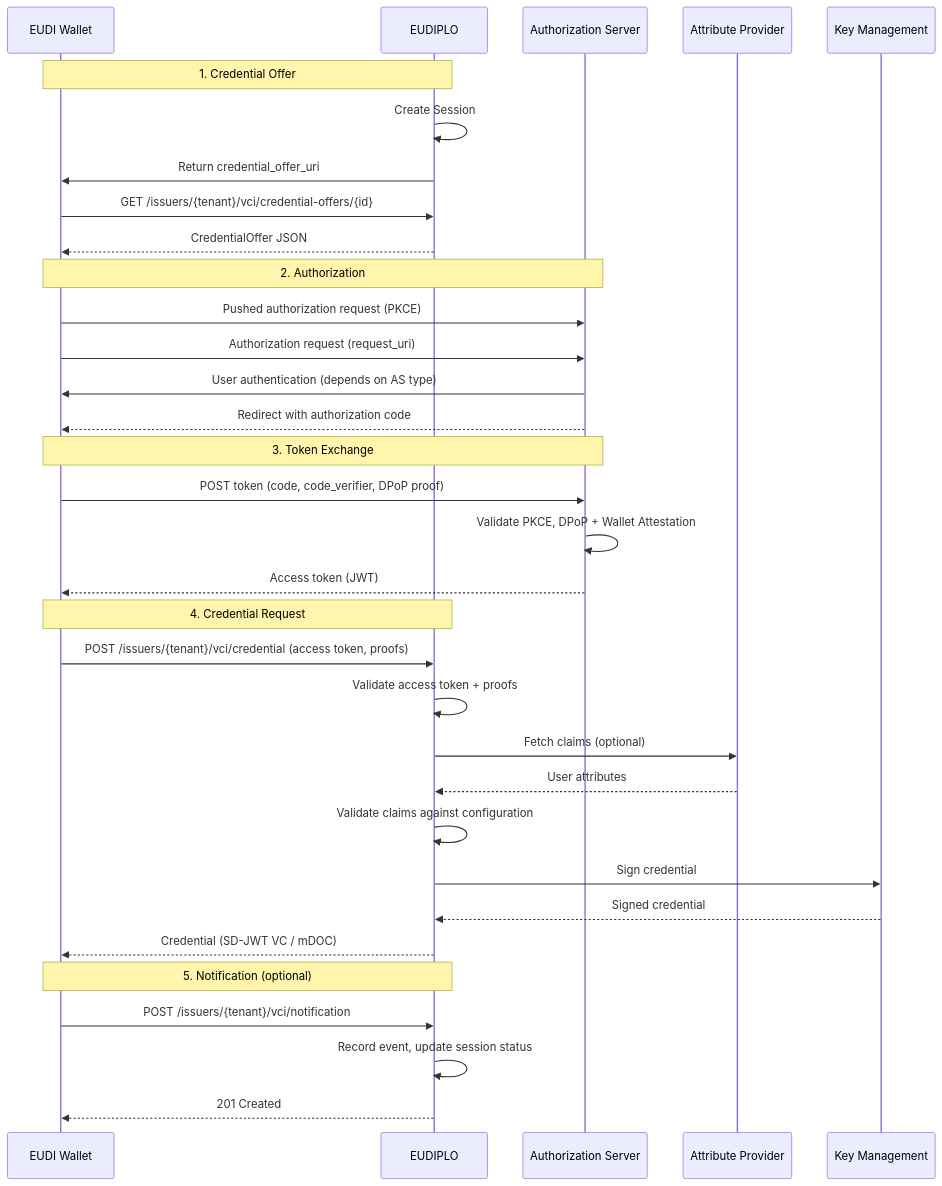
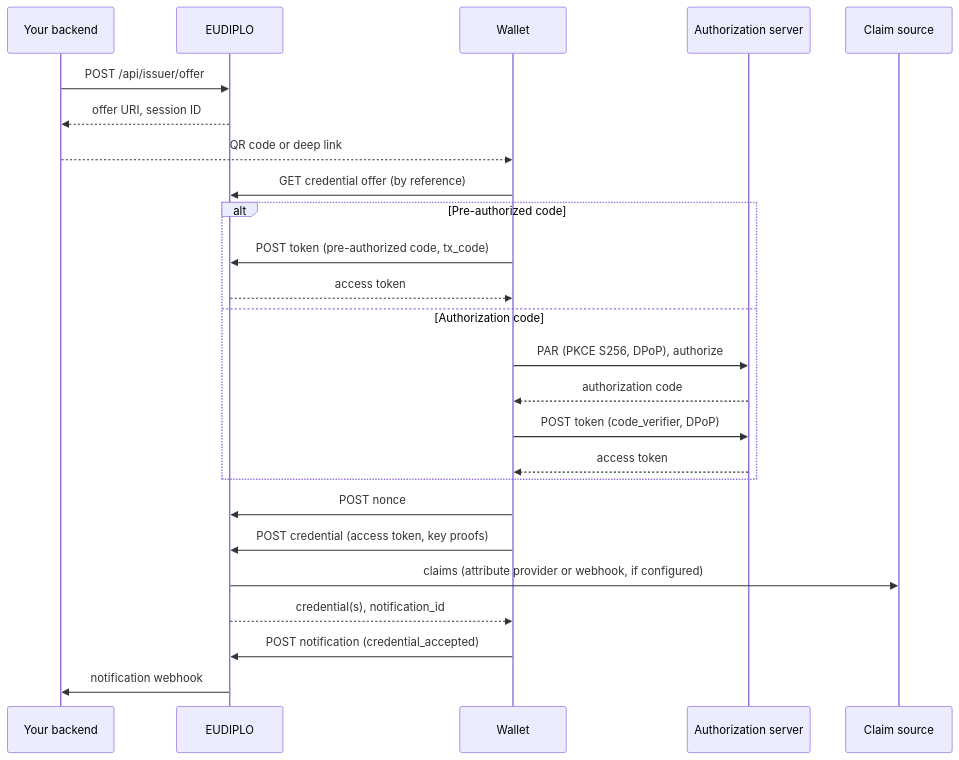
Before and after one commit to EUDIPLO/eudiplo: the first of 3 diagrams in apps/docs/docs/concepts/issuance.md, drawn with Mermaid. The commit also changed other lines of this file and 8 other files, not shown here.

First line of the commit message:
docs(reference,concepts): one support matrix, single webhook reference and slim concepts

````diff
--- a/apps/docs/docs/concepts/issuance.md
+++ b/apps/docs/docs/concepts/issuance.md
@@ -31,40 +12,28 @@
 ```mermaid
 sequenceDiagram
-    participant W as EUDI Wallet
+    participant BE as Your backend
     participant E as EUDIPLO
-    participant AS as Authorization Server
-    participant AP as Attribute Provider
-    participant KMS as Key Management
+    participant W as Wallet
+    participant AS as Authorization server
+    participant CS as Claim source
 
-    Note over W,E: 1. Credential Offer
-    E->>E: Create Session
-    E->>W: Return credential_offer_uri
-    W->>E: GET /issuers/{tenant}/vci/credential-offers/{id}
-    E-->>W: CredentialOffer JSON
-
-    Note over W,AS: 2. Authorization
-    W->>AS: Pushed authorization request (PKCE)
-    W->>AS: Authorization request (request_uri)
-    AS->>W: User authentication (depends on AS type)
-    AS-->>W: Redirect with authorization code
-
-    Note over W,AS: 3. Token Exchange
-    W->>AS: POST token (code, code_verifier, DPoP proof)
-    AS->>AS: Validate PKCE, DPoP + Wallet Attestation
-    AS-->>W: Access token (JWT)
-
-    Note over W,E: 4. Credential Request
-    W->>E: POST /issuers/{tenant}/vci/credential (access token, proofs)
-    E->>E: Validate access token + proofs
-    E->>AP: Fetch claims (optional)
-    AP-->>E: User attributes
-    E->>E: Validate claims against configuration
-    E->>KMS: Sign credential
-    KMS-->>E: Signed credential
-    E-->>W: Credential (SD-JWT VC / mDOC)
-
-    Note over W,E: 5. Notification (optional)
-    W->>E: POST /issuers/{tenant}/vci/notification
-    E->>E: Record event, update session status
-    E-->>W: 201 Created
+    BE->>E: POST /api/issuer/offer
+    E-->>BE: offer URI, session ID
+    BE-->>W: QR code or deep link
+    W->>E: GET credential offer (by reference)
+    alt Pre-authorized code
+        W->>E: POST token (pre-authorized code, tx_code)
+        E-->>W: access token
+    else Authorization code
+        W->>AS: PAR (PKCE S256, DPoP), authorize
+        AS-->>W: authorization code
+        W->>AS: POST token (code_verifier, DPoP)
+        AS-->>W: access token
+    end
+    W->>E: POST nonce
+    W->>E: POST credential (access token, key proofs)
+    E->>CS: claims (attribute provider or webhook, if configured)
+    E-->>W: credential(s), notification_id
+    W->>E: POST notification (credential_accepted)
+    E->>BE: notification webhook
 ```
````
